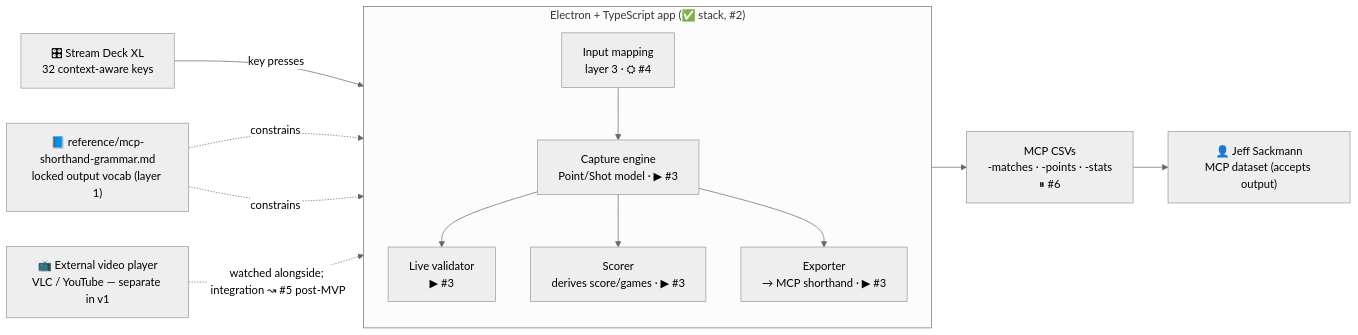
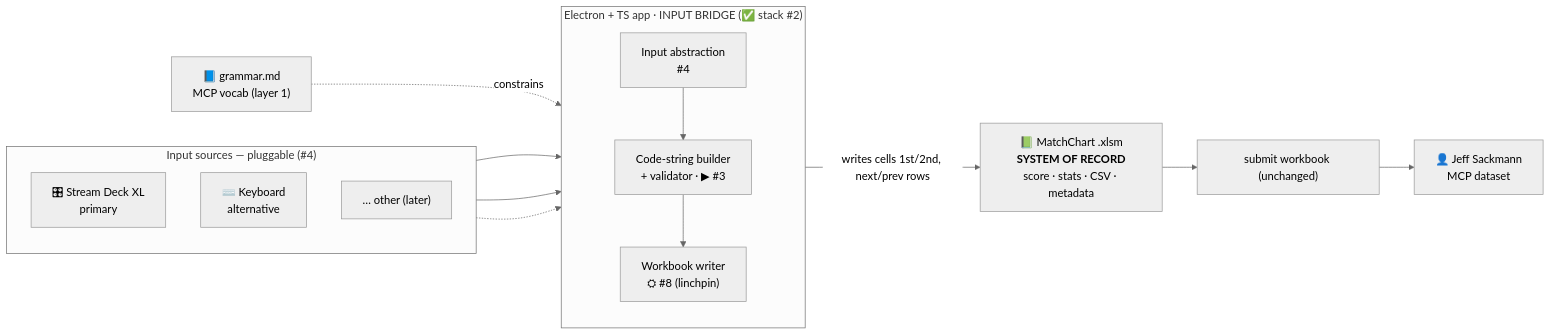
One commit to lpridpath/tennis_MatchChartingProject_tagger changed the first of 2 diagrams in docs/diagrams.md. Above: the diagram before and after it, drawn with Mermaid (neutral theme). The commit also changed other lines of this file and 3 other files, not shown here.

First line of the commit message:
Reframe to input-bridge model (drive the .xlsm) across all docs

````diff
--- a/docs/diagrams.md
+++ b/docs/diagrams.md
@@ -16,30 +16,29 @@
 ```mermaid
 flowchart LR
-  SD["🎛 Stream Deck XL<br/>32 context-aware keys"]
-
-  subgraph APP["Electron + TypeScript app  (✅ stack, #2)"]
+  subgraph SRC["Input sources — pluggable (#4)"]
     direction TB
-    IM["Input mapping<br/>layer 3 · ⛭ #4"]
-    CE["Capture engine<br/>Point/Shot model · ▶ #3"]
-    VAL["Live validator<br/>▶ #3"]
-    SC["Scorer<br/>derives score/games · ▶ #3"]
-    EX["Exporter<br/>→ MCP shorthand · ▶ #3"]
-    IM --> CE
-    CE --> VAL
-    CE --> SC
-    CE --> EX
+    SD["🎛 Stream Deck XL<br/>primary"]
+    KB["⌨️ Keyboard<br/>alternative"]
+    OTH["… other (later)"]
   end
 
-  CSV["MCP CSVs<br/>-matches · -points · -stats<br/>⏸ #6"]
-  JS["👤 Jeff Sackmann<br/>MCP dataset (accepts output)"]
-  VID["📺 External video player<br/>VLC / YouTube — separate in v1"]
+  subgraph APP["Electron + TS app  ·  INPUT BRIDGE  (✅ stack #2)"]
+    direction TB
+    IN["Input abstraction<br/>#4"]
+    BLD["Code-string builder<br/>+ validator · ▶ #3"]
+    WR["Workbook writer<br/>⛭ #8 (linchpin)"]
+    IN --> BLD --> WR
+  end
 
-  SD -->|key presses| IM
-  EX --> CSV
-  CSV --> JS
-  VID -.->|watched alongside; integration ↝ #5 post-MVP| APP
+  XLSM["📗 MatchChart .xlsm<br/><b>SYSTEM OF RECORD</b><br/>score · stats · CSV · metadata"]
+  SUB["submit workbook (unchanged)"]
+  JS["👤 Jeff Sackmann<br/>MCP dataset"]
+  GR["📘 grammar.md<br/>MCP vocab (layer 1)"]
 
-  GRAMMAR["📘 reference/mcp-shorthand-grammar.md<br/>locked output vocab (layer 1)"]
-  GRAMMAR -.->|constrains| VAL
-  GRAMMAR -.->|constrains| EX
+  SD --> IN
+  KB --> IN
+  OTH -.-> IN
+  WR -->|"writes cells 1st/2nd, next/prev rows"| XLSM
+  XLSM --> SUB --> JS
+  GR -.constrains.-> BLD
 ```
````
